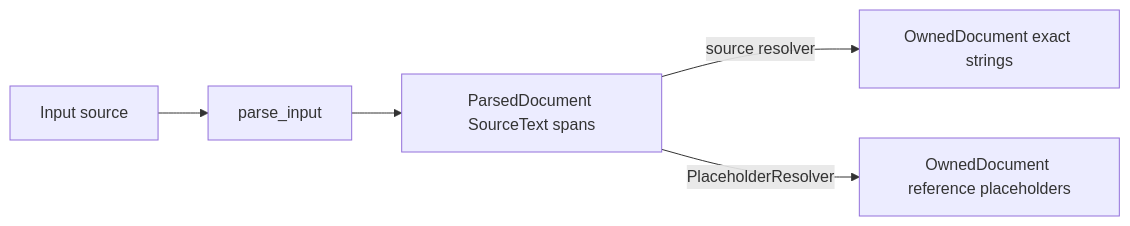
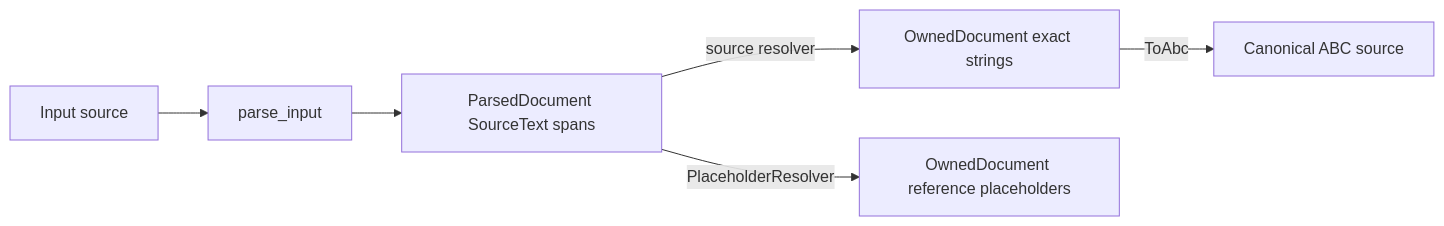
Before and after one commit to mauricebarnum/abc-parser: the third of 4 diagrams in docs/architecture.md, drawn with Mermaid. The commit also changed other lines of this file and 6 other files, not shown here.

First line of the commit message:
feat: emit canonical ABC from the AST

````diff
--- a/docs/architecture.md
+++ b/docs/architecture.md
@@ -160,7 +160,8 @@
 ```mermaid
 flowchart LR
     input[Input source] --> parse_input
     parse_input --> parsed[ParsedDocument SourceText spans]
     parsed -->|source resolver| exact[OwnedDocument exact strings]
     parsed -->|PlaceholderResolver| placeholders[OwnedDocument reference placeholders]
+    exact -->|ToAbc| emitted[Canonical ABC source]
 ```
````
